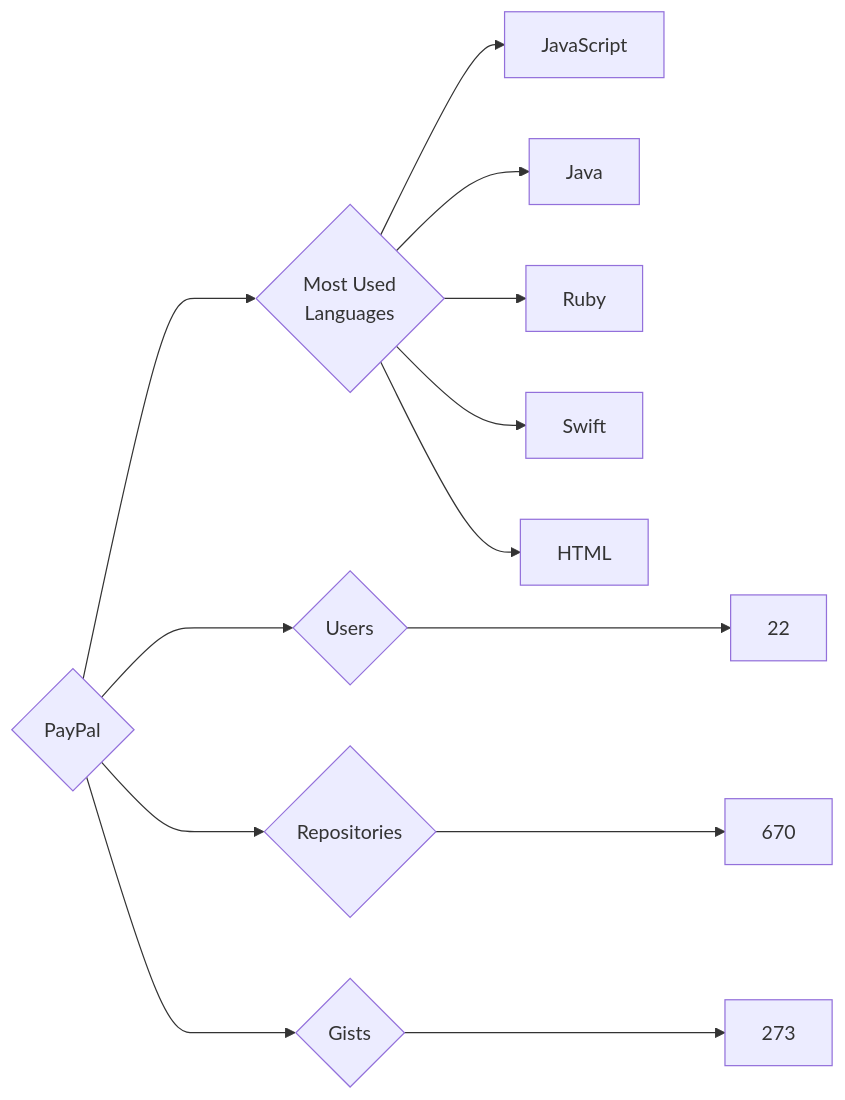
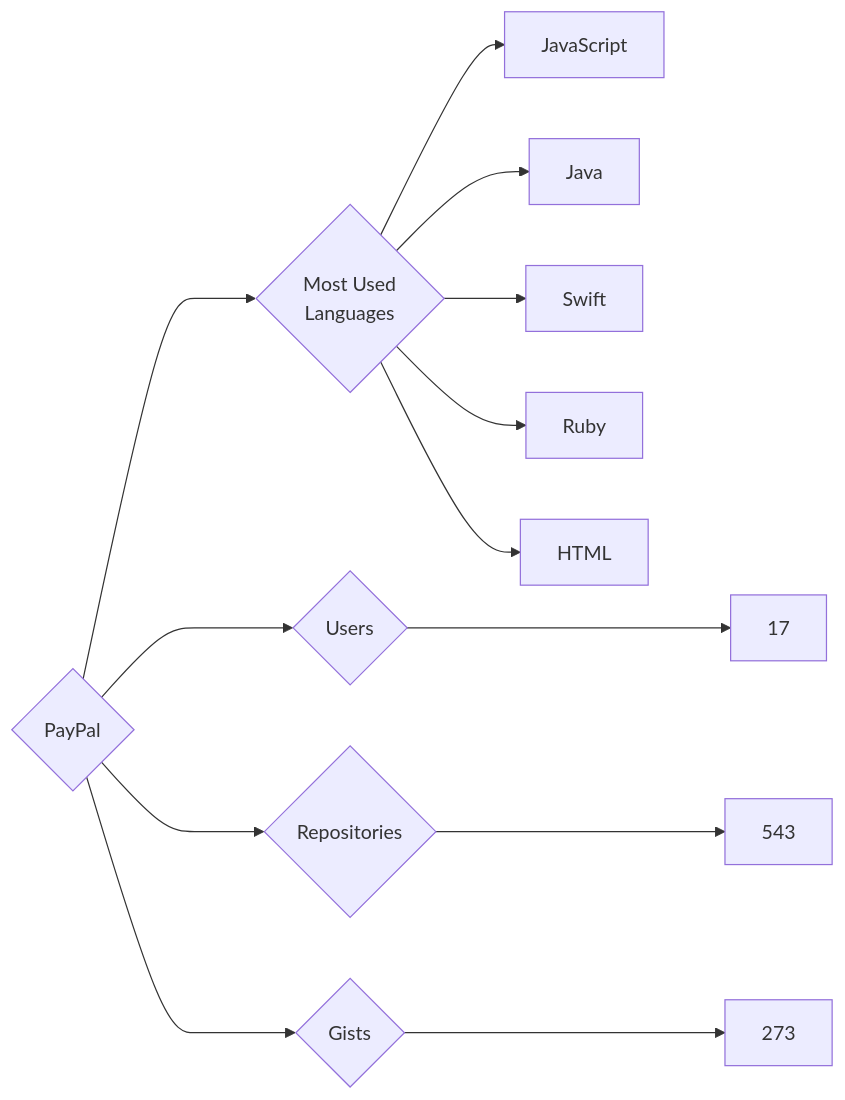
One commit to trickest/insiders changed the diagram in targets/PayPal/README.md. Above: the diagram before and after it, drawn with Mermaid. The commit also changed 725 other files, not shown here.

````diff
--- a/targets/PayPal/README.md
+++ b/targets/PayPal/README.md
@@ -3,13 +3,13 @@
 ```mermaid
 graph LR
 COMPANY_NAME{PayPal}
-COMPANY_NAME ---> U{Users} ---> UN[22]
-COMPANY_NAME ---> R{Repositories} ---> RN[670]
+COMPANY_NAME ---> U{Users} ---> UN[17]
+COMPANY_NAME ---> R{Repositories} ---> RN[543]
 COMPANY_NAME ---> G{Gists} ---> GN[273]
 COMPANY_NAME ---> ML{Most Used<br>Languages}
 ML --> JavaScript[JavaScript]
 ML --> Java[Java]
+ML --> Swift[Swift]
 ML --> Ruby[Ruby]
-ML --> Swift[Swift]
 ML --> HTML[HTML]
 ```
````
